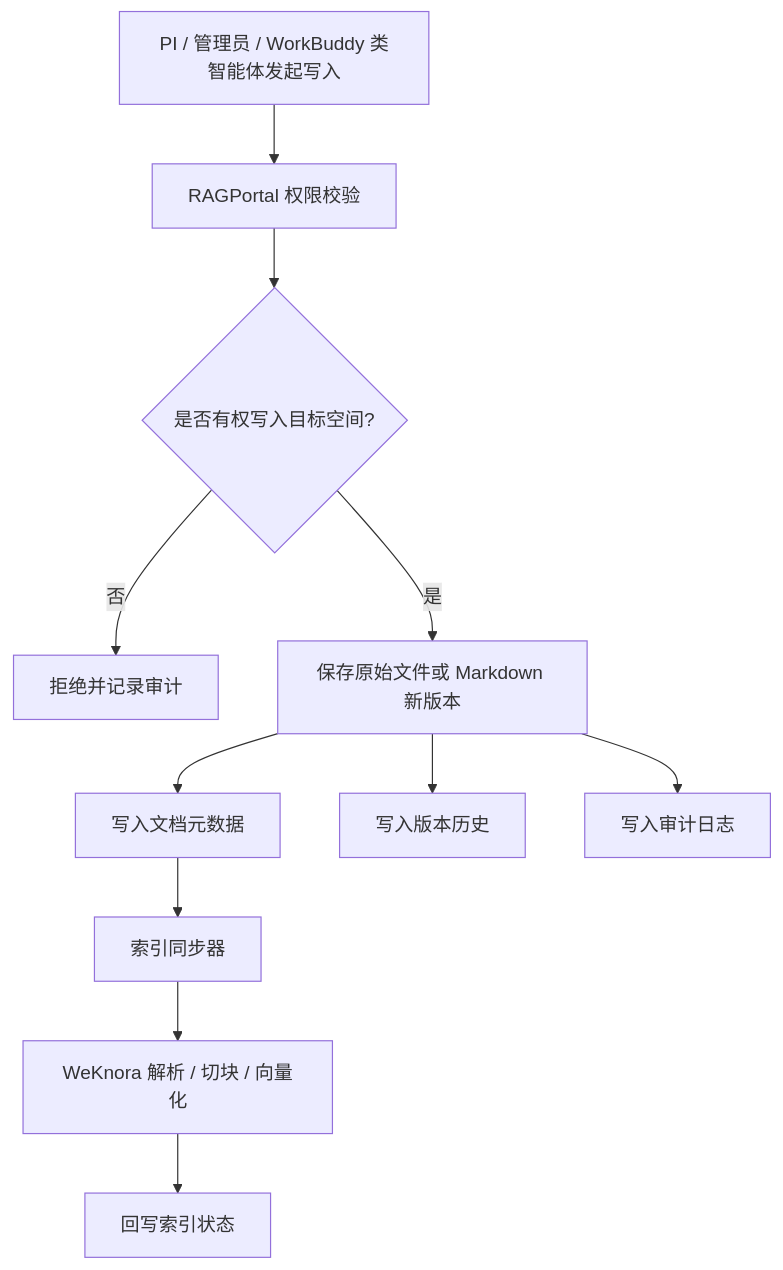
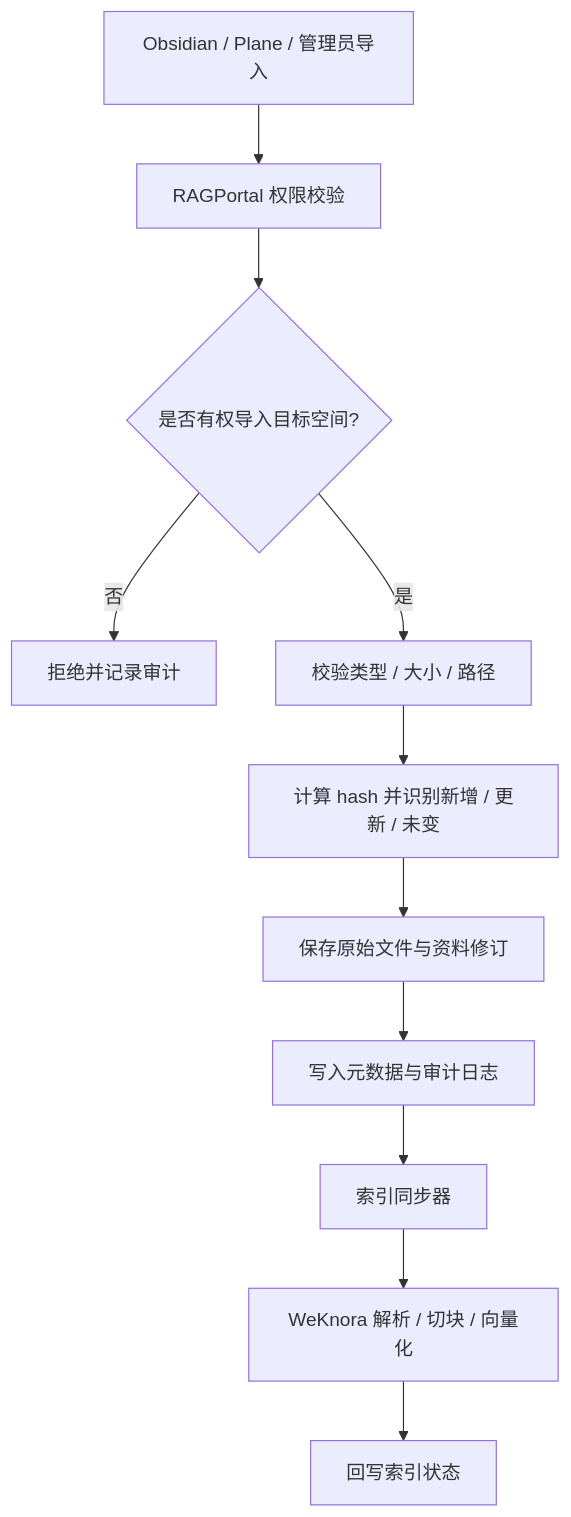
One commit to SynlysAI/RAGPortal changed the second of 3 diagrams in docs/specs/2026-09-24-pi-private-knowledge-space-prd.md. Above: the diagram before and after it, drawn with Mermaid. The commit also changed other lines of this file and 3 other files, not shown here.

````diff
--- a/docs/specs/2026-09-24-pi-private-knowledge-space-prd.md
+++ b/docs/specs/2026-09-24-pi-private-knowledge-space-prd.md
@@ -275,13 +382,13 @@
 ```mermaid
 flowchart TD
-    A[PI / 管理员 / WorkBuddy 类智能体发起写入] --> B[RAGPortal 权限校验]
-    B --> C{是否有权写入目标空间?}
+    A[Obsidian / Plane / 管理员导入] --> B[RAGPortal 权限校验]
+    B --> C{是否有权导入目标空间?}
     C -- 否 --> D[拒绝并记录审计]
-    C -- 是 --> E[保存原始文件或 Markdown 新版本]
-    E --> F[写入文档元数据]
-    E --> G[写入版本历史]
-    E --> H[写入审计日志]
-    F --> I[索引同步器]
+    C -- 是 --> E[校验类型 / 大小 / 路径]
+    E --> F[计算 hash 并识别新增 / 更新 / 未变]
+    F --> G[保存原始文件与资料修订]
+    G --> H[写入元数据与审计日志]
+    H --> I[索引同步器]
     I --> J[WeKnora 解析 / 切块 / 向量化]
     J --> K[回写索引状态]
 ```
````
